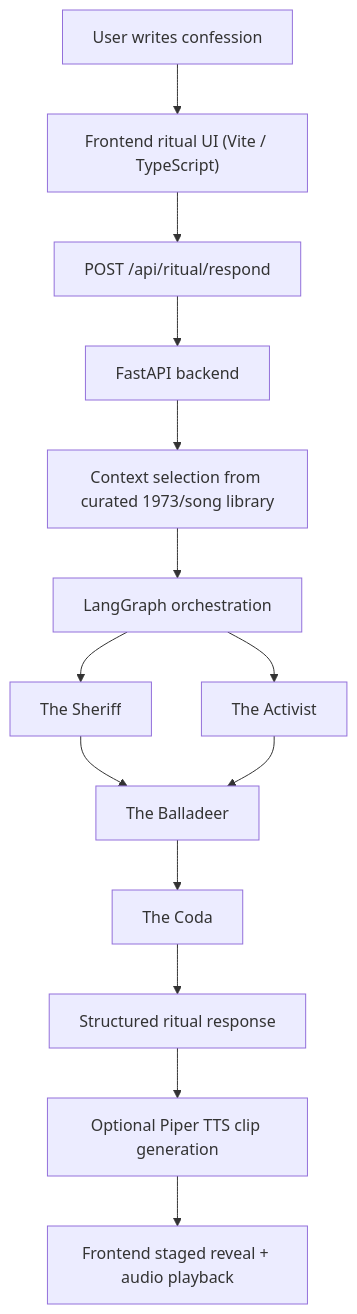
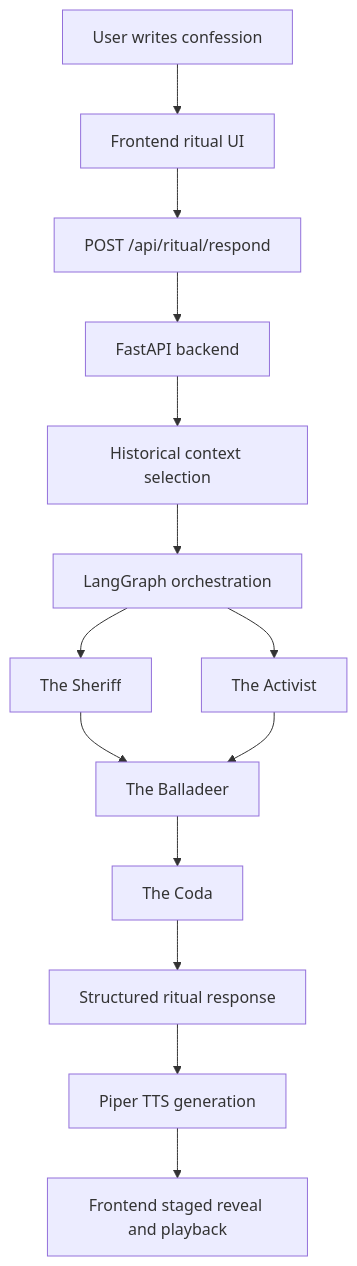
The diagram in README.md (salihcimen/Threshold_73), drawn with Mermaid before and after one commit. The commit also changed other lines of this file and 10 other files, not shown here.

````diff
--- a/README.md
+++ b/README.md
@@ -88,16 +120,16 @@
 ```mermaid
 flowchart TD
-  A["User writes confession"] --> B["Frontend ritual UI (Vite / TypeScript)"]
+  A["User writes confession"] --> B["Frontend ritual UI"]
   B --> C["POST /api/ritual/respond"]
   C --> D["FastAPI backend"]
-  D --> E["Context selection from curated 1973/song library"]
+  D --> E["Historical context selection"]
   E --> F["LangGraph orchestration"]
   F --> G["The Sheriff"]
   F --> H["The Activist"]
   G --> I["The Balladeer"]
   H --> I
   I --> J["The Coda"]
   J --> K["Structured ritual response"]
-  K --> L["Optional Piper TTS clip generation"]
-  L --> M["Frontend staged reveal + audio playback"]
+  K --> L["Piper TTS generation"]
+  L --> M["Frontend staged reveal and playback"]
 ```
````
